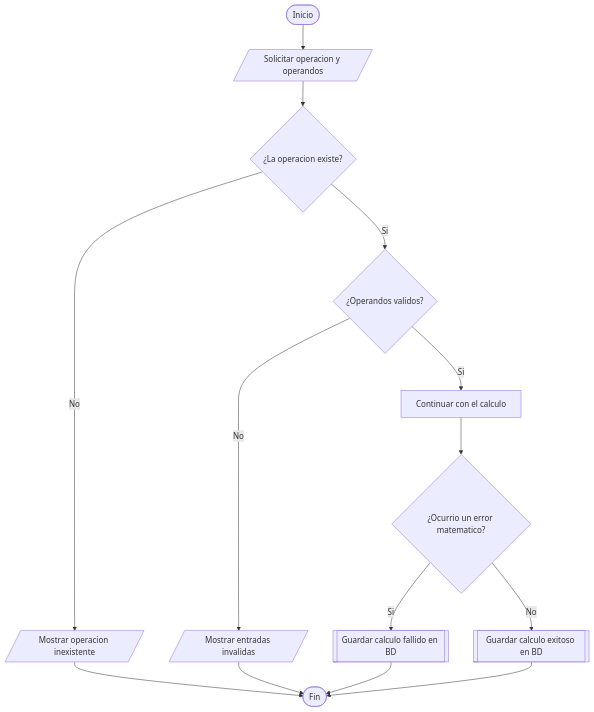
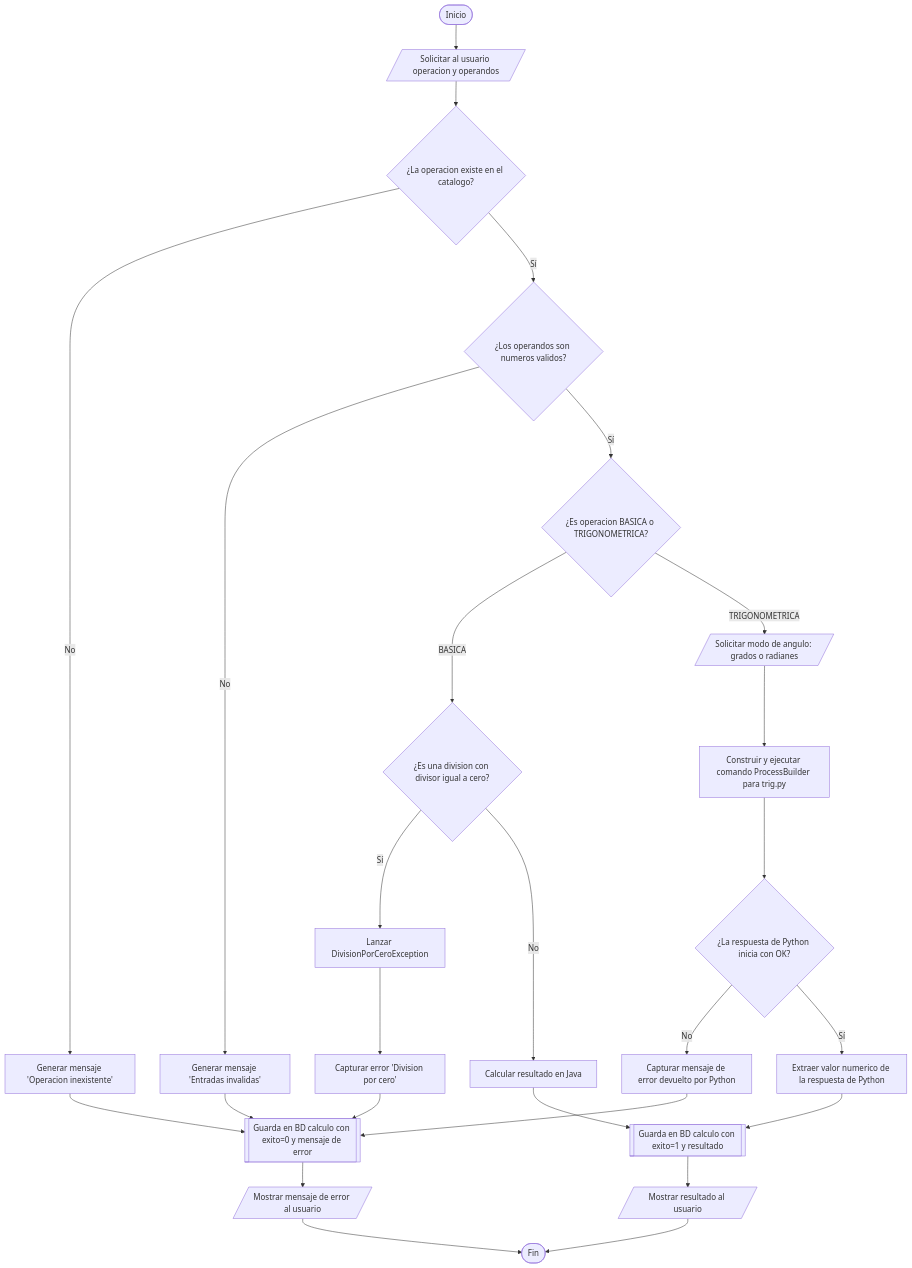
The diagram in Diagrama/01_Flujograma_Operacion_Completa.md (Sorato-dot/Proyecto_Trigonometrico), drawn with Mermaid before and after one commit.

Commit message:
Update flowchart for operation process in diagram

````diff
--- a/Diagrama/01_Flujograma_Operacion_Completa.md
+++ b/Diagrama/01_Flujograma_Operacion_Completa.md
@@ -8,18 +8,38 @@
 ```mermaid
 
 flowchart TD
-    A([Inicio]) --> B[/Solicitar operacion y operandos/]
-    B --> C{¿La operacion existe?}
-    C -->|No| D[/Mostrar operacion inexistente/]
-    D --> Z([Fin])
-    C -->|Si| E{¿Operandos validos?}
-    E -->|No| F[/Mostrar entradas invalidas/]
-    F --> Z
-    E -->|Si| G[Continuar con el calculo]
-    G --> H{¿Ocurrio un error matematico?}
-    H -->|Si| I[[Guardar calculo fallido en BD]]
-    H -->|No| J[[Guardar calculo exitoso en BD]]
-    I --> Z
-    J --> Z
+    A([Inicio]) --> B[/Solicitar al usuario operacion y operandos/]
+    B --> C{¿La operacion existe en el catalogo?}
+
+    C -- No --> D[Generar mensaje 'Operacion inexistente']
+    D --> E[[Guarda en BD calculo con exito=0 y mensaje de error]]
+    E --> F[/Mostrar mensaje de error al usuario/]
+    F --> Z([Fin])
+
+    C -- Sí --> G{¿Los operandos son numeros validos?}
+    G -- No --> H[Generar mensaje 'Entradas invalidas']
+    H --> E
+
+    G -- Sí --> I{¿Es operacion BASICA o TRIGONOMETRICA?}
+
+    I -- BASICA --> J{¿Es una division con divisor igual a cero?}
+    J -- Sí --> K[Lanzar DivisionPorCeroException]
+    K --> L[Capturar error 'Division por cero']
+    L --> E
+
+    J -- No --> M[Calcular resultado en Java]
+    M --> N[[Guarda en BD calculo con exito=1 y resultado]]
+    N --> O[/Mostrar resultado al usuario/]
+    O --> Z
+
+    I -- TRIGONOMETRICA --> P[/Solicitar modo de angulo: grados o radianes/]
+    P --> Q[Construir y ejecutar comando ProcessBuilder para trig.py]
+    Q --> R{¿La respuesta de Python inicia con OK?}
+
+    R -- No --> S[Capturar mensaje de error devuelto por Python]
+    S --> E
+
+    R -- Sí --> T[Extraer valor numerico de la respuesta de Python]
+    T --> N
 
 ```
````
